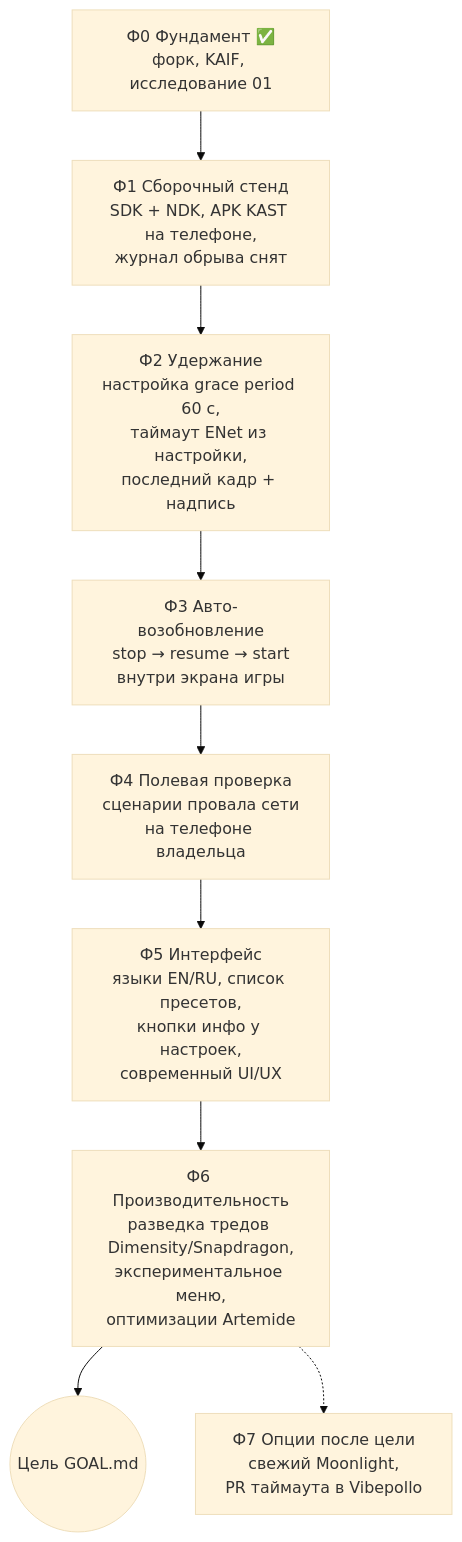
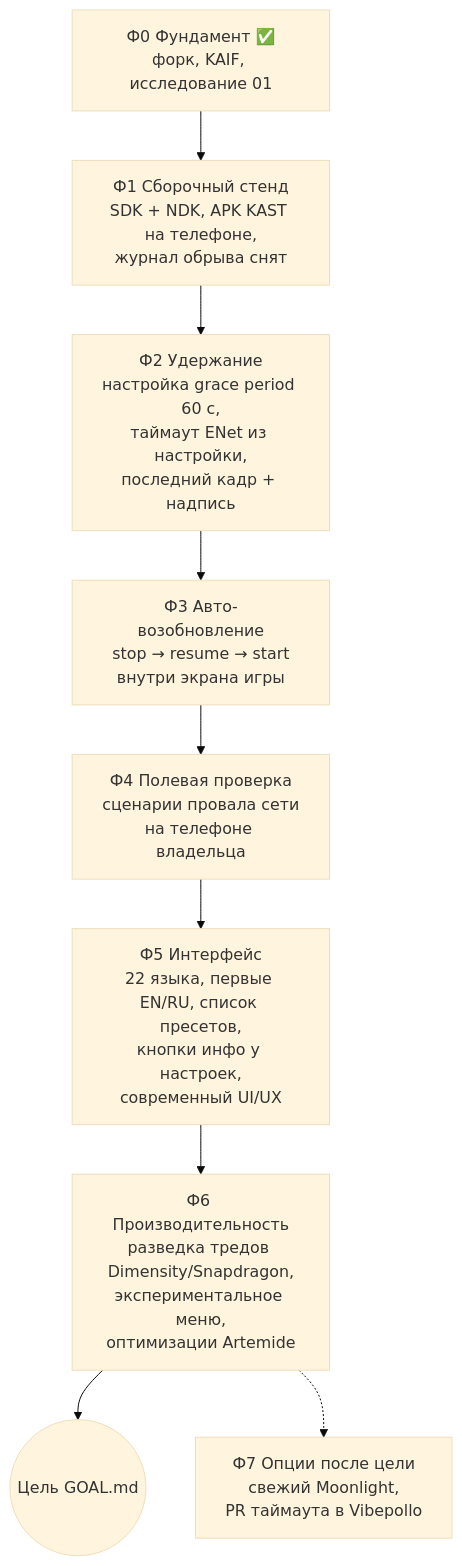
One commit to MikalaiKryvusha/KAST changed the diagram in MASTER_PLAN.md. Above: the diagram before and after it, drawn with Mermaid (base theme). The commit also changed other lines of this file and 3 other files, not shown here.

First line of the commit message:
docs(идея 03 + GOAL/MASTER_PLAN/STATUS): все 22 языка Artemis с качественными переводами; язык — системный, из настроек KAST или ОС

````diff
--- a/MASTER_PLAN.md
+++ b/MASTER_PLAN.md
@@ -30,11 +31,11 @@
 ```mermaid
 flowchart TD
     P0[Ф0 Фундамент ✅<br/>форк, KAIF, исследование 01] --> P1[Ф1 Сборочный стенд<br/>SDK + NDK, APK KAST на телефоне,<br/>журнал обрыва снят]
     P1 --> P2[Ф2 Удержание<br/>настройка grace period 60 с,<br/>таймаут ENet из настройки,<br/>последний кадр + надпись]
     P2 --> P3[Ф3 Авто-возобновление<br/>stop → resume → start<br/>внутри экрана игры]
     P3 --> P4[Ф4 Полевая проверка<br/>сценарии провала сети<br/>на телефоне владельца]
-    P4 --> P5[Ф5 Интерфейс<br/>языки EN/RU, список пресетов,<br/>кнопки инфо у настроек,<br/>современный UI/UX]
+    P4 --> P5[Ф5 Интерфейс<br/>22 языка, первые EN/RU, список пресетов,<br/>кнопки инфо у настроек,<br/>современный UI/UX]
     P5 --> P6[Ф6 Производительность<br/>разведка тредов Dimensity/Snapdragon,<br/>экспериментальное меню,<br/>оптимизации Artemide]
     P6 --> G((Цель GOAL.md))
     P6 -.-> P7[Ф7 Опции после цели<br/>свежий Moonlight,<br/>PR таймаута в Vibepollo]
 ```
````
